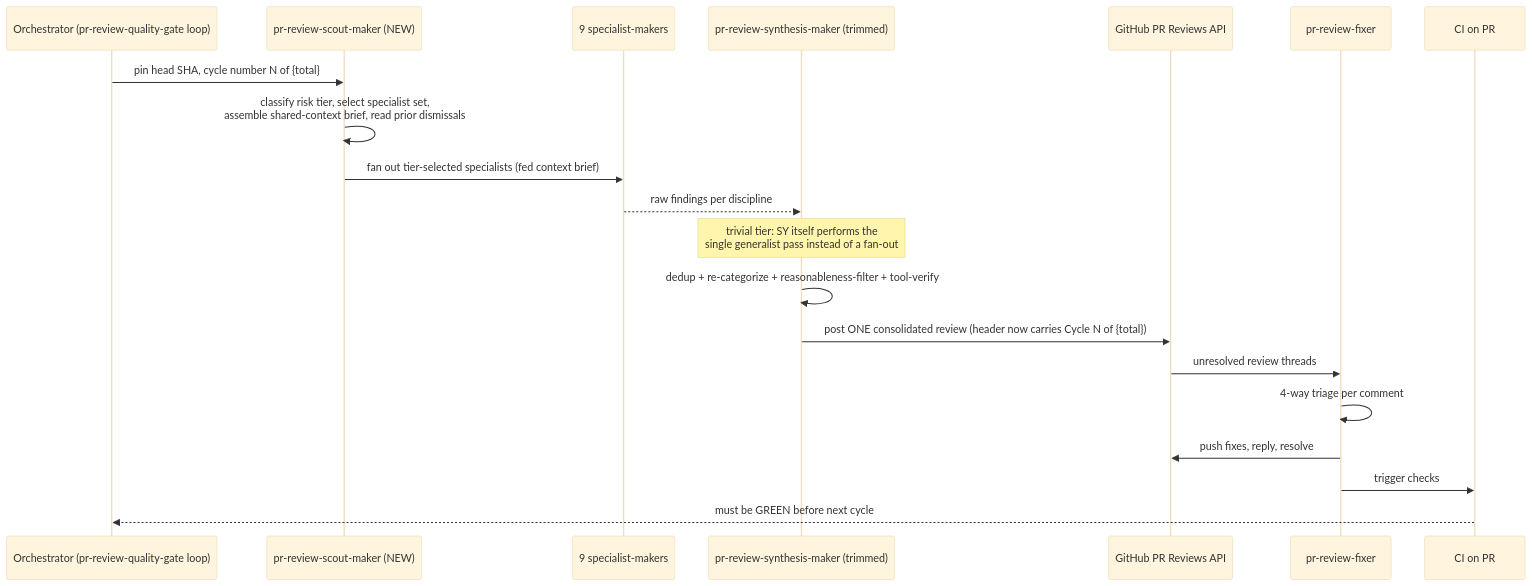
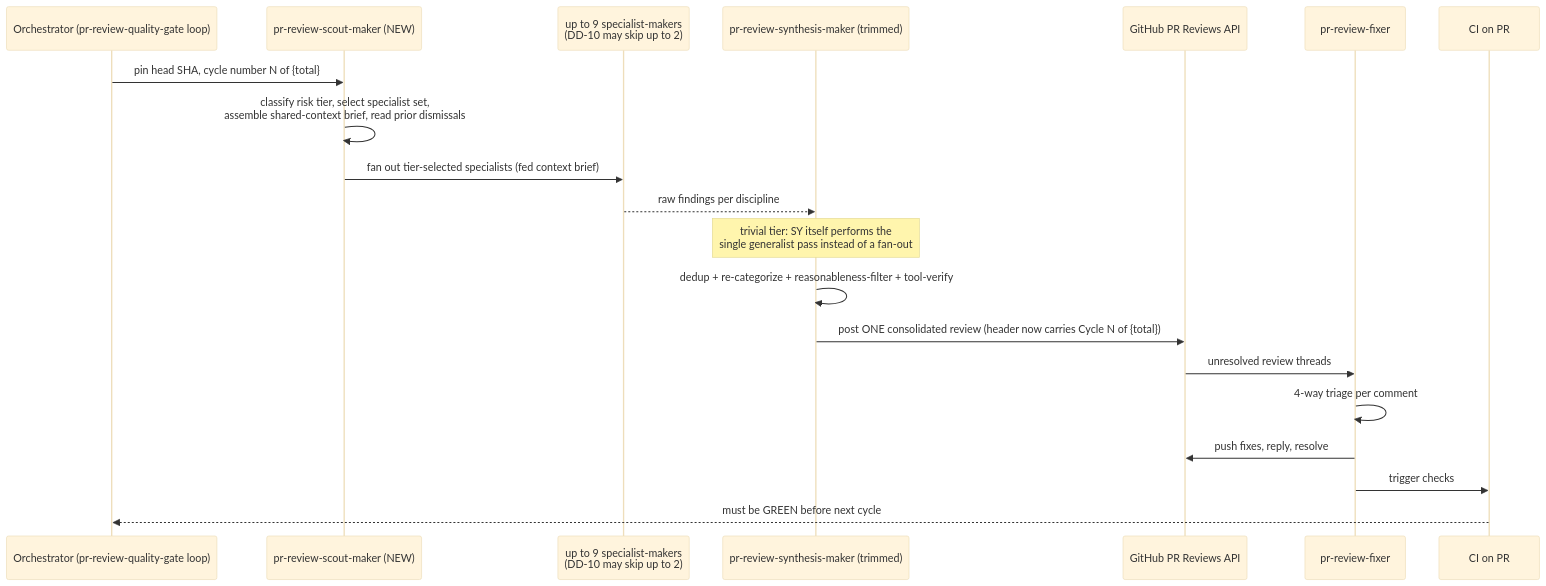
The second of 3 diagrams in plans/in-progress/pr-review-cycle-scout-and-typesafety/tech-docs.md (wahidyankf/open-sharia-fintech), drawn with Mermaid (base theme) before and after one commit. The commit also changed other lines of this file and 40 other files, not shown here.

````diff
--- a/plans/in-progress/pr-review-cycle-scout-and-typesafety/tech-docs.md
+++ b/plans/in-progress/pr-review-cycle-scout-and-typesafety/tech-docs.md
@@ -53,23 +53,23 @@
 ```mermaid
 sequenceDiagram
   participant O as Orchestrator (pr-review-quality-gate loop)
   participant SC as pr-review-scout-maker (NEW)
-  participant SP as 9 specialist-makers
+  participant SP as up to 9 specialist-makers<br/>(DD-10 may skip up to 2)
   participant SY as pr-review-synthesis-maker (trimmed)
   participant GH as GitHub PR Reviews API
   participant F as pr-review-fixer
   participant CI as CI on PR
 
   O->>SC: pin head SHA, cycle number N of {total}
   SC->>SC: classify risk tier, select specialist set,<br/>assemble shared-context brief, read prior dismissals
   SC->>SP: fan out tier-selected specialists (fed context brief)
   SP-->>SY: raw findings per discipline
   Note over SY: trivial tier: SY itself performs the<br/>single generalist pass instead of a fan-out
   SY->>SY: dedup + re-categorize + reasonableness-filter + tool-verify
   SY->>GH: post ONE consolidated review (header now carries Cycle N of {total})
   GH->>F: unresolved review threads
   F->>F: 4-way triage per comment
   F->>GH: push fixes, reply, resolve
   F->>CI: trigger checks
   CI-->>O: must be GREEN before next cycle
 ```
````
